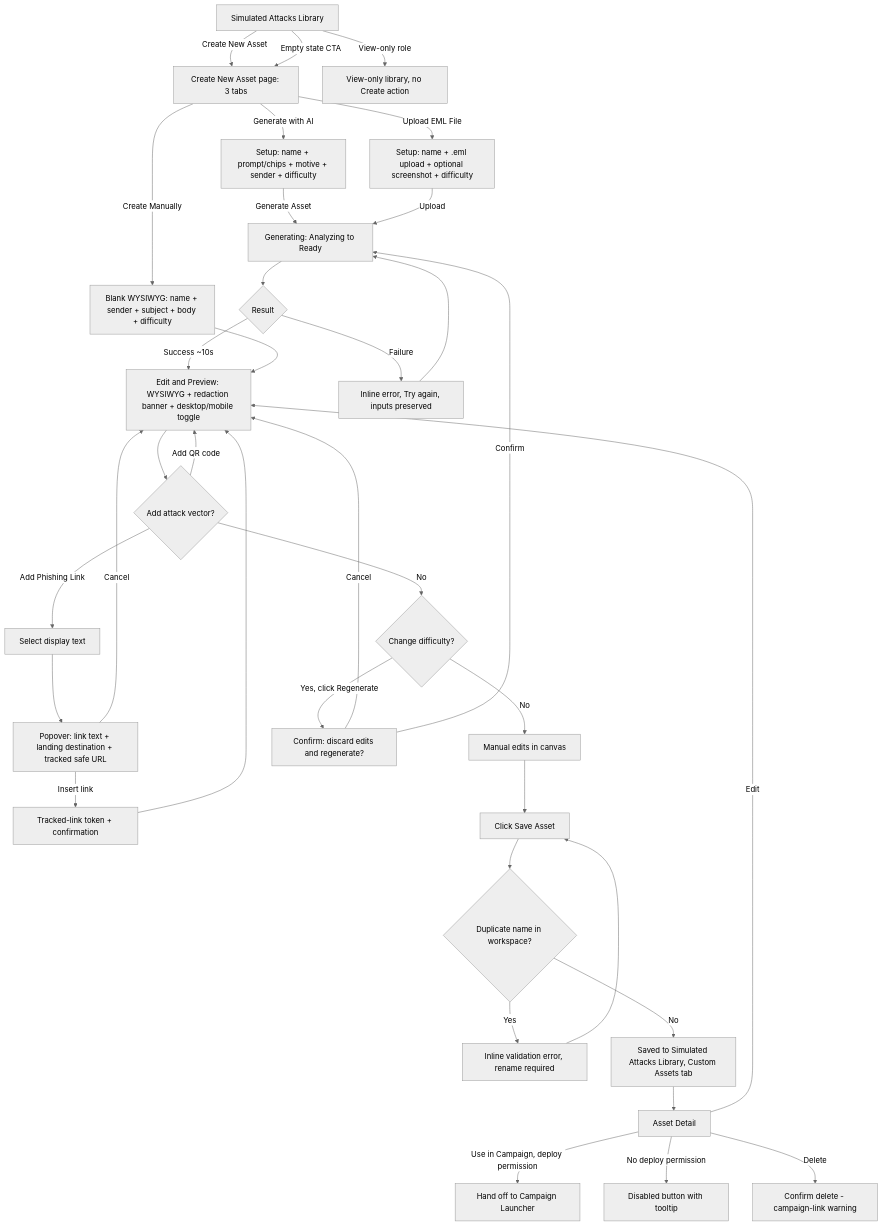
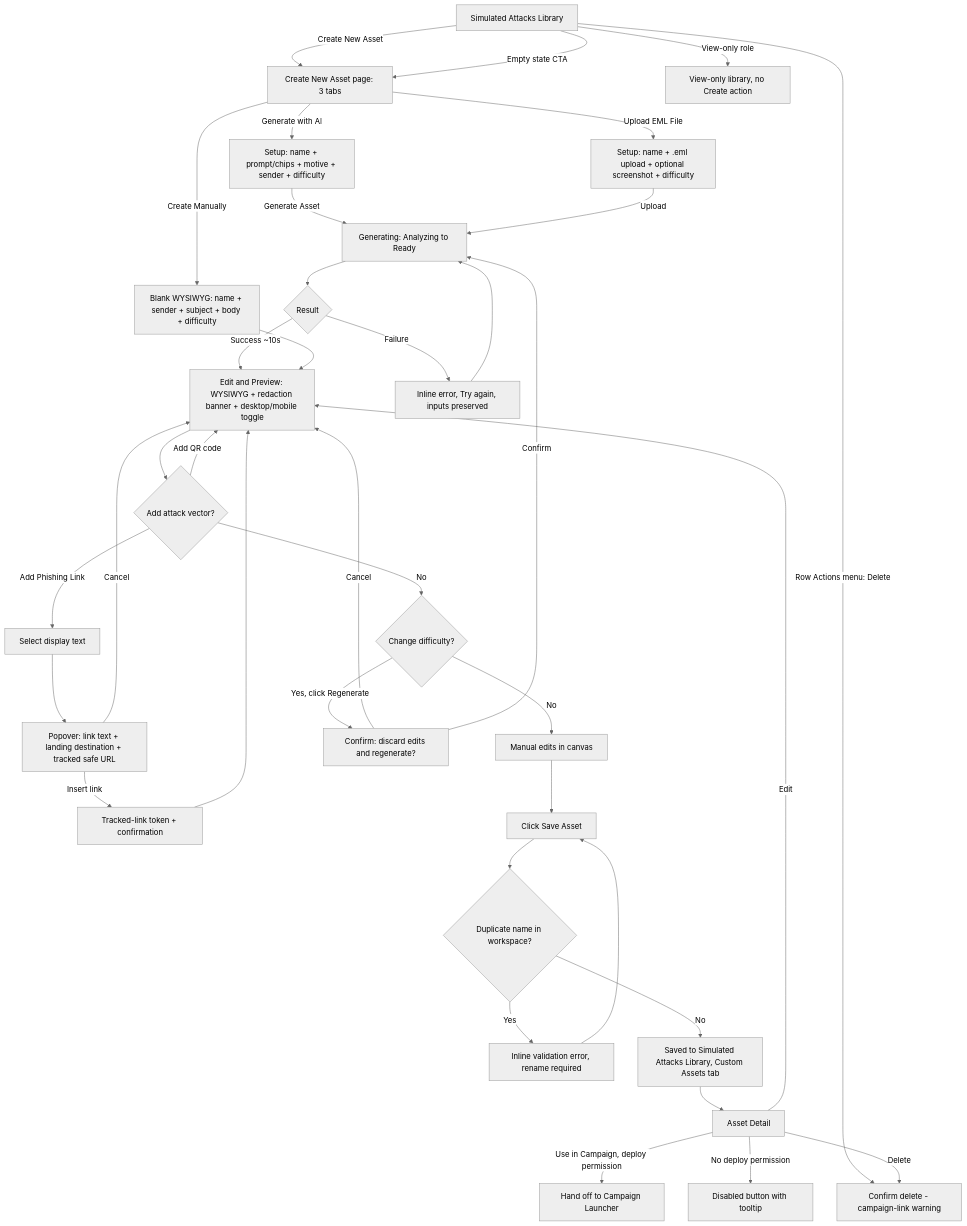
Before and after one commit to fan-boy/DesignAgents: the diagram in knowledge/features/ai-phishing-template-generator/user-flow.mmd, drawn with Mermaid (neutral theme). The commit also changed 4 other files, not shown here.

Commit message:
ai-phishing-template-generator: add row-level Delete via library Actions menu (View details / Duplicate / Delete) reusing the shared delete confirmation modal; sync prd, user-flow, edge-cases, design-strategy

```diff
--- a/knowledge/features/ai-phishing-template-generator/user-flow.mmd
+++ b/knowledge/features/ai-phishing-template-generator/user-flow.mmd
@@ -1,42 +1,43 @@
 flowchart TD
     A[Simulated Attacks Library] -->|Create New Asset| B[Create New Asset page: 3 tabs]
     A -->|Empty state CTA| B
     A -->|View-only role| VO[View-only library, no Create action]
+    A -->|Row Actions menu: Delete| R
 
     B -- Generate with AI --> C1[Setup: name + prompt/chips + motive + sender + difficulty]
     B -- Create Manually --> C2[Blank WYSIWYG: name + sender + subject + body + difficulty]
     B -- Upload EML File --> C3[Setup: name + .eml upload + optional screenshot + difficulty]
 
     C1 -->|Generate Asset| D[Generating: Analyzing to Ready]
     C3 -->|Upload| D
     D --> E{Result}
     E -- Success ~10s --> F[Edit and Preview: WYSIWYG + redaction banner + desktop/mobile toggle]
     E -- Failure --> Derr[Inline error, Try again, inputs preserved]
     Derr --> D
     C2 --> F
 
     F --> AL{Add attack vector?}
     AL -- Add Phishing Link --> L1[Select display text]
     L1 --> L2[Popover: link text + landing destination + tracked safe URL]
     L2 -- Insert link --> L3[Tracked-link token + confirmation]
     L2 -- Cancel --> F
     L3 --> F
     AL -- Add QR code --> F
     AL -- No --> G{Change difficulty?}
 
     G -- No --> H[Manual edits in canvas]
     G -- Yes, click Regenerate --> I[Confirm: discard edits and regenerate?]
     I -- Cancel --> F
     I -- Confirm --> D
 
     H --> J[Click Save Asset]
     J --> M{Duplicate name in workspace?}
     M -- Yes --> Merr[Inline validation error, rename required]
     Merr --> J
     M -- No --> N[Saved to Simulated Attacks Library, Custom Assets tab]
 
     N --> O[Asset Detail]
     O -->|Use in Campaign, deploy permission| P[Hand off to Campaign Launcher]
     O -->|No deploy permission| Q[Disabled button with tooltip]
     O -->|Delete| R[Confirm delete - campaign-link warning]
     O -->|Edit| F
```
